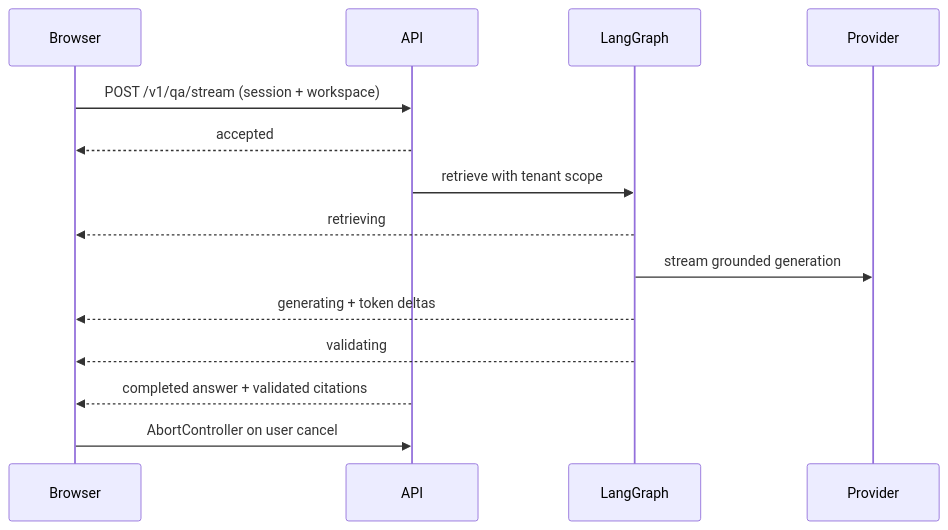
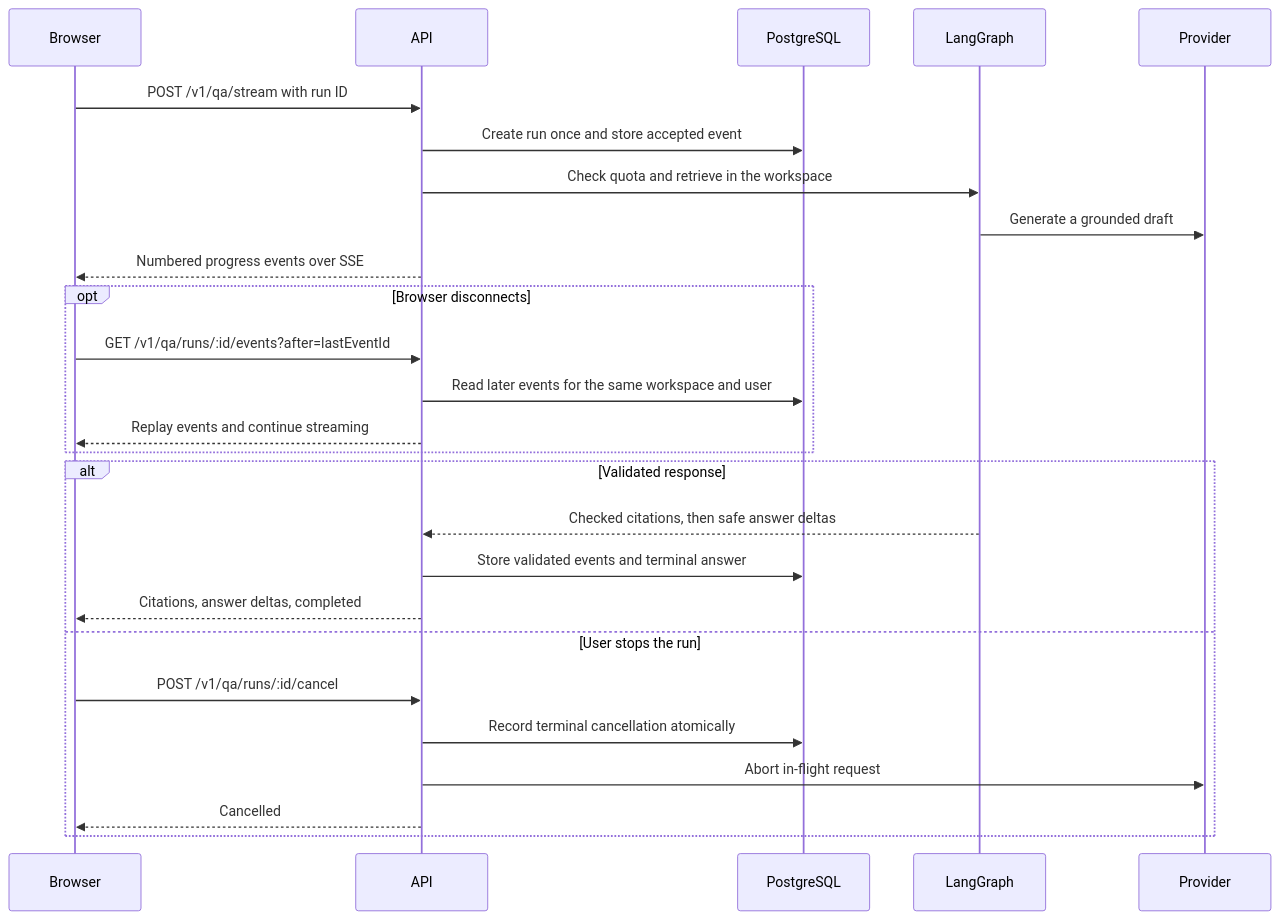
Before and after one commit to willianmesko/rag-study-mvp: the fifth of 5 diagrams in docs/system-architecture.md, drawn with Mermaid. The commit also changed other lines of this file and 43 other files, not shown here.

Commit message:
feat: resume authenticated chat streams and cancel provider work

````diff
--- a/docs/system-architecture.md
+++ b/docs/system-architecture.md
@@ -165,17 +165,29 @@
 ```mermaid
 sequenceDiagram
   participant Browser
   participant API
+  participant DB as PostgreSQL
   participant Workflow as LangGraph
   participant Provider
 
-  Browser->>API: POST /v1/qa/stream (session + workspace)
-  API-->>Browser: accepted
-  API->>Workflow: retrieve with tenant scope
-  Workflow-->>Browser: retrieving
-  Workflow->>Provider: stream grounded generation
-  Workflow-->>Browser: generating + token deltas
-  Workflow-->>Browser: validating
-  API-->>Browser: completed answer + validated citations
-  Browser->>API: AbortController on user cancel
+  Browser->>API: POST /v1/qa/stream with run ID
+  API->>DB: Create run once and store accepted event
+  API->>Workflow: Check quota and retrieve in the workspace
+  Workflow->>Provider: Generate a grounded draft
+  API-->>Browser: Numbered progress events over SSE
+  opt Browser disconnects
+    Browser->>API: GET /v1/qa/runs/:id/events?after=lastEventId
+    API->>DB: Read later events for the same workspace and user
+    API-->>Browser: Replay events and continue streaming
+  end
+  alt Validated response
+    Workflow-->>API: Checked citations, then safe answer deltas
+    API->>DB: Store validated events and terminal answer
+    API-->>Browser: Citations, answer deltas, completed
+  else User stops the run
+    Browser->>API: POST /v1/qa/runs/:id/cancel
+    API->>DB: Record terminal cancellation atomically
+    API->>Provider: Abort in-flight request
+    API-->>Browser: Cancelled
+  end
 ```
````
